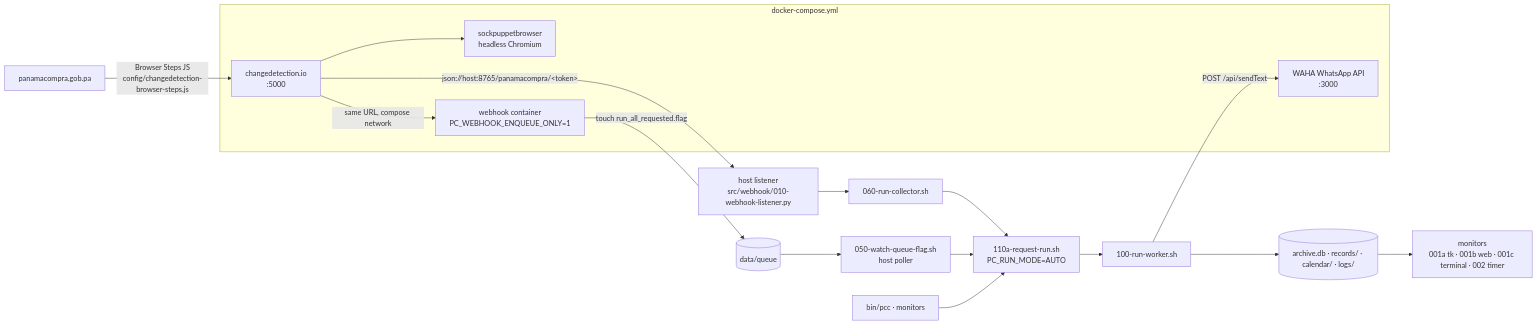
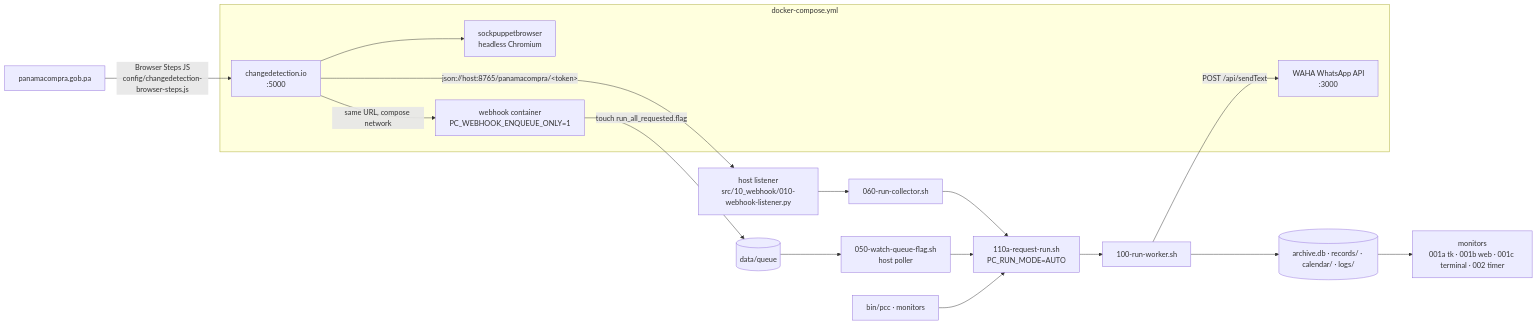
Before and after one commit to 413x-4rtur0/panamacompra-collector-backfill: the first of 7 diagrams in docs/DIAGRAMS.md, drawn with Mermaid. The commit also changed 97 other files, not shown here.

First line of the commit message:
Renumber src/ folders, add manual webhook mode, multi-client WAHA fan-out UI

````diff
--- a/docs/DIAGRAMS.md
+++ b/docs/DIAGRAMS.md
@@ -9,21 +9,21 @@
 ```mermaid
 flowchart LR
   subgraph Docker["docker-compose.yml"]
     CD[changedetection.io<br/>:5000] --> SP[sockpuppetbrowser<br/>headless Chromium]
     WAHA[WAHA WhatsApp API<br/>:3000]
     WHC[webhook container<br/>PC_WEBHOOK_ENQUEUE_ONLY=1]
   end
 
   PC[panamacompra.gob.pa] -->|Browser Steps JS<br/>config/changedetection-browser-steps.js| CD
-  CD -->|"json://host:8765/panamacompra/&lt;token&gt;"| WHL[host listener<br/>src/webhook/010-webhook-listener.py]
+  CD -->|"json://host:8765/panamacompra/&lt;token&gt;"| WHL[host listener<br/>src/10_webhook/010-webhook-listener.py]
   CD -->|same URL, compose network| WHC
   WHC -->|touch run_all_requested.flag| Q[(data/queue)]
   Q --> WQ[050-watch-queue-flag.sh<br/>host poller]
   WHL --> RC[060-run-collector.sh]
   RC & WQ --> REQ[110a-request-run.sh<br/>PC_RUN_MODE=AUTO]
   CLI[bin/pcc · monitors] --> REQ
   REQ --> W[100-run-worker.sh]
   W --> ST[(archive.db · records/ · calendar/ · logs/)]
   W -->|POST /api/sendText| WAHA
   ST --> MON[monitors<br/>001a tk · 001b web · 001c terminal · 002 timer]
 ```
````
